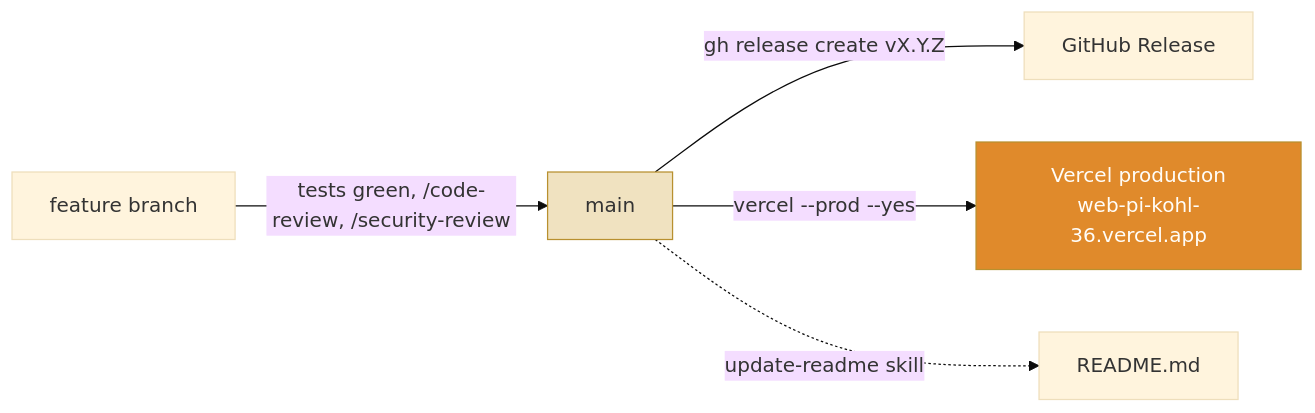
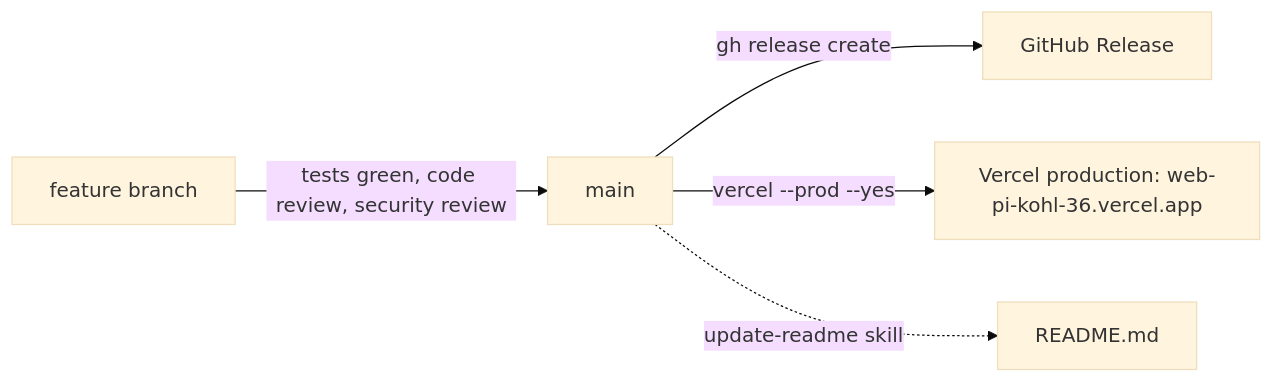
The third of 3 diagrams in docs/architecture.md (mettafore/jyotish-helper), drawn with Mermaid (base theme) before and after one commit. The commit also changed other lines of this file, not shown here.

First line of the commit message:
fix(docs): drop style/br syntax mermaid diagrams for GitHub compatibility

````diff
--- a/docs/architecture.md
+++ b/docs/architecture.md
@@ -65,10 +59,7 @@
 ```mermaid
 flowchart LR
-    branch["feature branch"] -->|"tests green, /code-review, /security-review"| main["main"]
-    main -->|"gh release create vX.Y.Z"| release["GitHub Release"]
-    main -->|"vercel --prod --yes"| prod["Vercel production<br/>web-pi-kohl-36.vercel.app"]
-    main -.->|"update-readme skill"| readme["README.md"]
-
-    style main fill:#f0e2c0,stroke:#b8902f
-    style prod fill:#e08a2b,stroke:#b8902f,color:#fffdf8
+    branch["feature branch"] -->|tests green, code review, security review| main["main"]
+    main -->|gh release create| release["GitHub Release"]
+    main -->|vercel --prod --yes| prod["Vercel production: web-pi-kohl-36.vercel.app"]
+    main -.->|update-readme skill| readme["README.md"]
 ```
````
